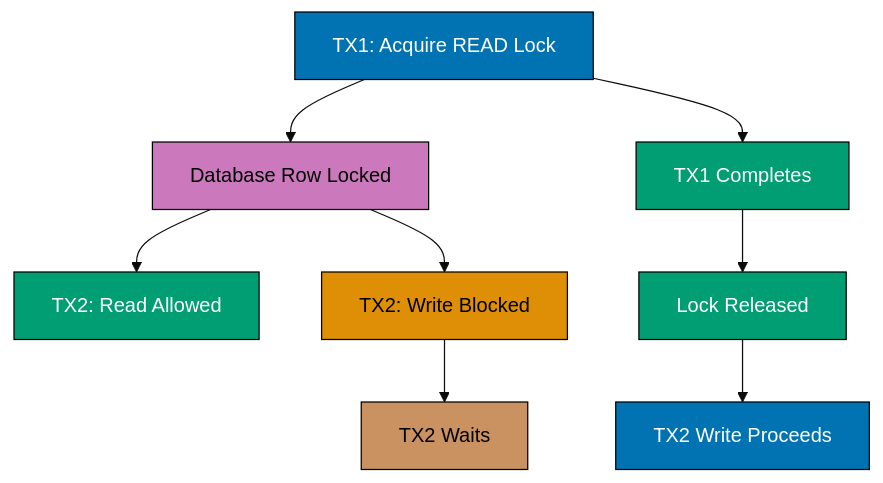
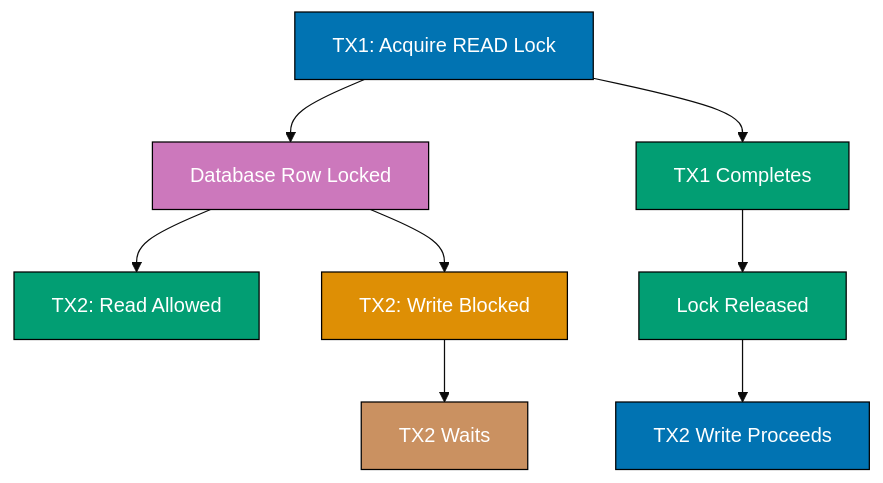
One commit to wahidyankf/open-sharia-enterprise changed diagram 12 of 12 in apps/ayokoding-web/content/en/learn/software-engineering/data/tools/spring-data-jpa/by-example/intermediate.md. Above: the diagram before and after it, drawn with Mermaid (base theme). The commit also changed other lines of this file and 61 other files, not shown here.

First line of the commit message:
fix(ayokoding-web): quote Mermaid node labels with special characters in Example 63

````diff
--- a/apps/ayokoding-web/content/en/learn/software-engineering/data/tools/spring-data-jpa/by-example/intermediate.md
+++ b/apps/ayokoding-web/content/en/learn/software-engineering/data/tools/spring-data-jpa/by-example/intermediate.md
@@ -2638,20 +2638,20 @@
 ```mermaid
 %% Pessimistic locking flow
 graph TD
     A[TX1: Acquire READ Lock] --> B[Database Row Locked]
     B --> C[TX2: Read Allowed]
     B --> D[TX2: Write Blocked]
     D --> E[TX2 Waits]
     A --> F[TX1 Completes]
     F --> G[Lock Released]
     G --> H[TX2 Write Proceeds]
 
     style A fill:#0173B2,stroke:#000,color:#fff
-    style B fill:#CC78BC,stroke:#000,color:#000
+    style B fill:#CC78BC,stroke:#000,color:#fff
     style C fill:#029E73,stroke:#000,color:#fff
-    style D fill:#DE8F05,stroke:#000,color:#000
-    style E fill:#CA9161,stroke:#000,color:#000
+    style D fill:#DE8F05,stroke:#000,color:#fff
+    style E fill:#CA9161,stroke:#000,color:#fff
     style F fill:#029E73,stroke:#000,color:#fff
     style G fill:#029E73,stroke:#000,color:#fff
     style H fill:#0173B2,stroke:#000,color:#fff
 ```
````
